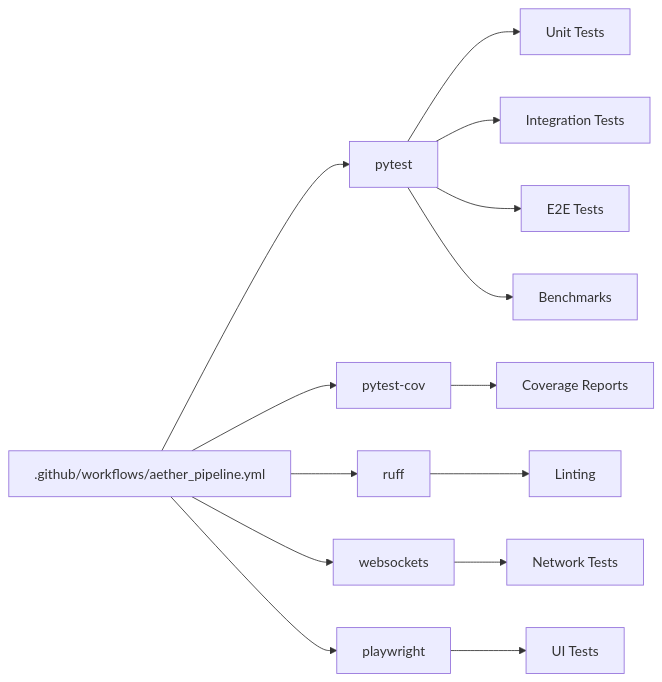
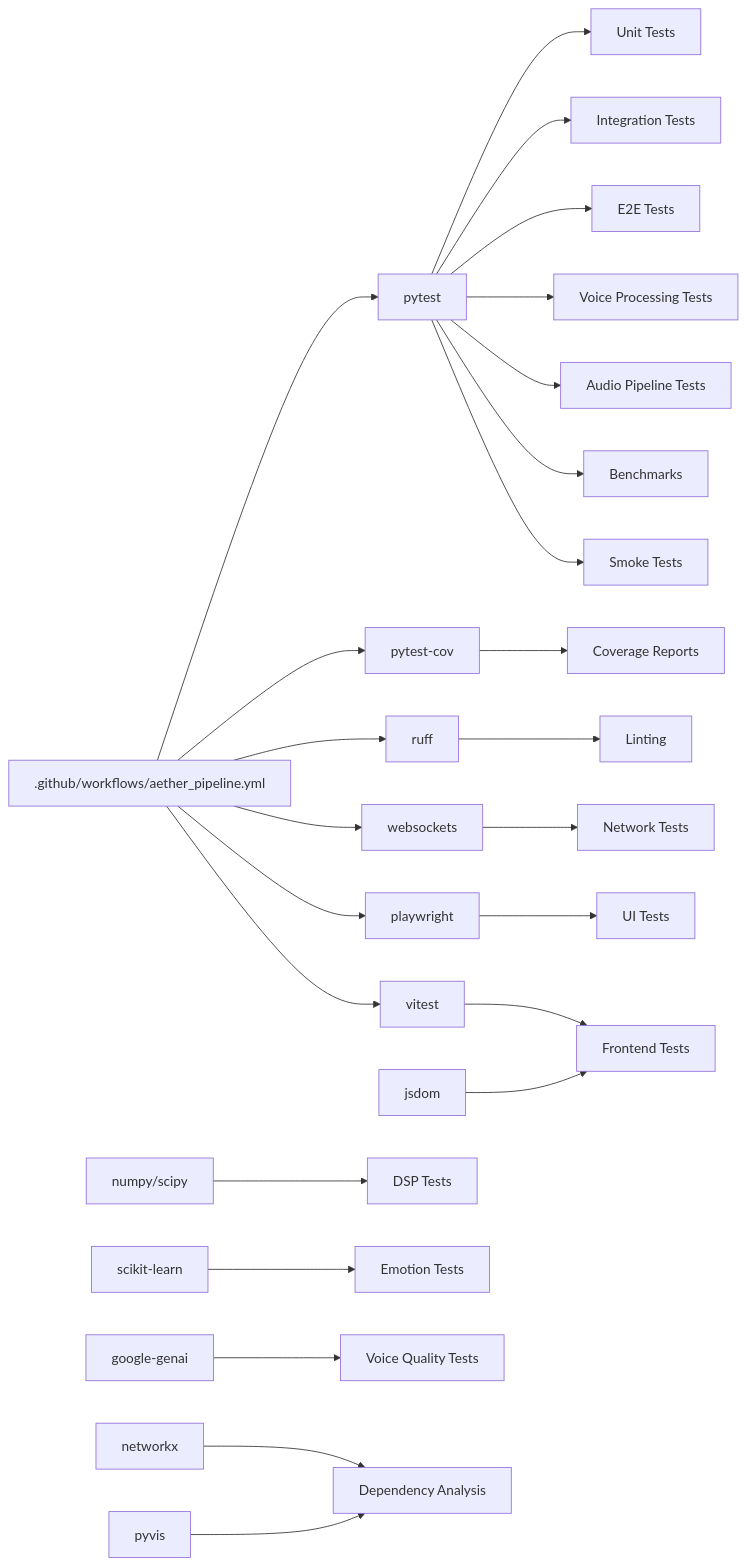
One commit to Moeabdelaziz007/Aether-Voice-OS changed the third of 3 diagrams in .qoder/repowiki/en/content/Testing and Quality Assurance/Testing Strategy and Framework.md. Above: the diagram before and after it, drawn with Mermaid. The commit also changed other lines of this file and 29 other files, not shown here.

````diff
--- a/.qoder/repowiki/en/content/Testing and Quality Assurance/Testing Strategy and Framework.md
+++ b/.qoder/repowiki/en/content/Testing and Quality Assurance/Testing Strategy and Framework.md
@@ -247,16 +680,27 @@
 ```mermaid
 graph LR
 P["pytest"] --> U["Unit Tests"]
 P --> I["Integration Tests"]
 P --> E["E2E Tests"]
+P --> VP["Voice Processing Tests"]
+P --> AP["Audio Pipeline Tests"]
 P --> B["Benchmarks"]
+P --> S["Smoke Tests"]
 PCOV["pytest-cov"] --> COV["Coverage Reports"]
 RUFF["ruff"] --> LINT["Linting"]
 BW["websockets"] --> NET["Network Tests"]
 PW["playwright"] --> UI["UI Tests"]
+VIT["vitest"] --> FE["Frontend Tests"]
+JS["jsdom"] --> FE
+NP["numpy/scipy"] --> DSP["DSP Tests"]
+SK["scikit-learn"] --> EM["Emotion Tests"]
+GG["google-genai"] --> VR["Voice Quality Tests"]
+NX["networkx"] --> DA["Dependency Analysis"]
+PV["pyvis"] --> DA
 GH[".github/workflows/aether_pipeline.yml"] --> P
 GH --> PCOV
 GH --> RUFF
 GH --> BW
 GH --> PW
+GH --> VIT
 ```
````
